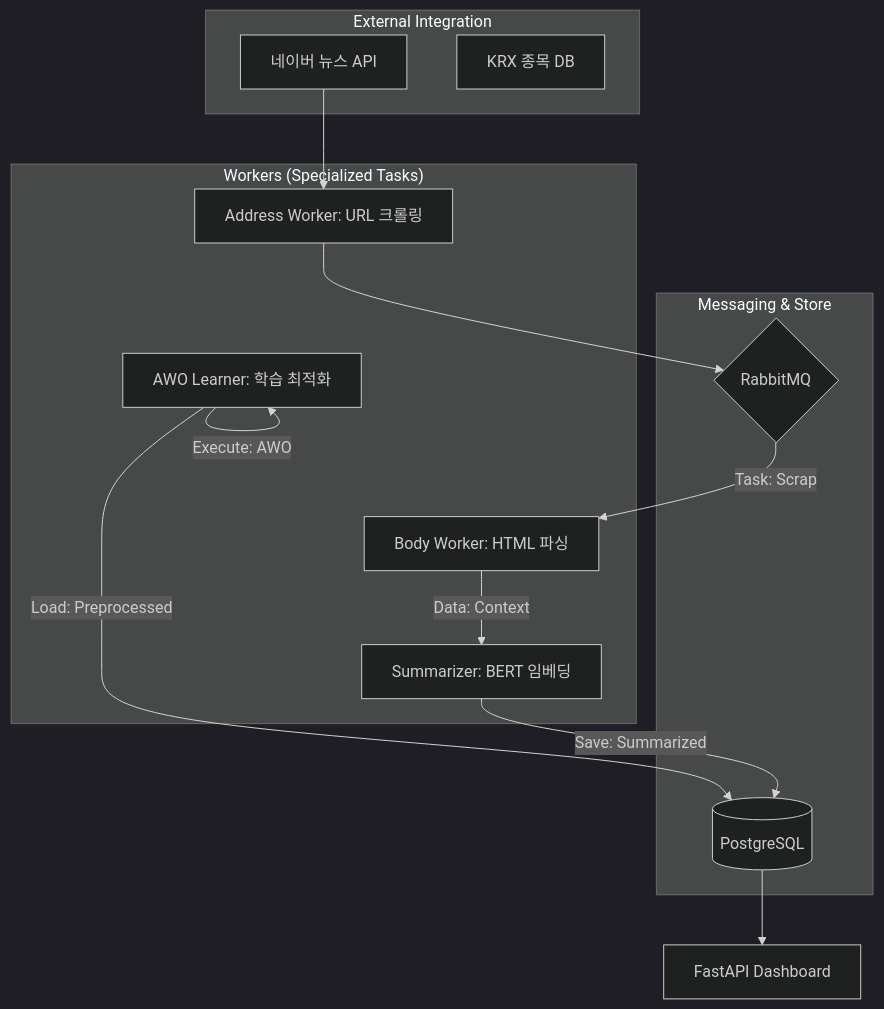
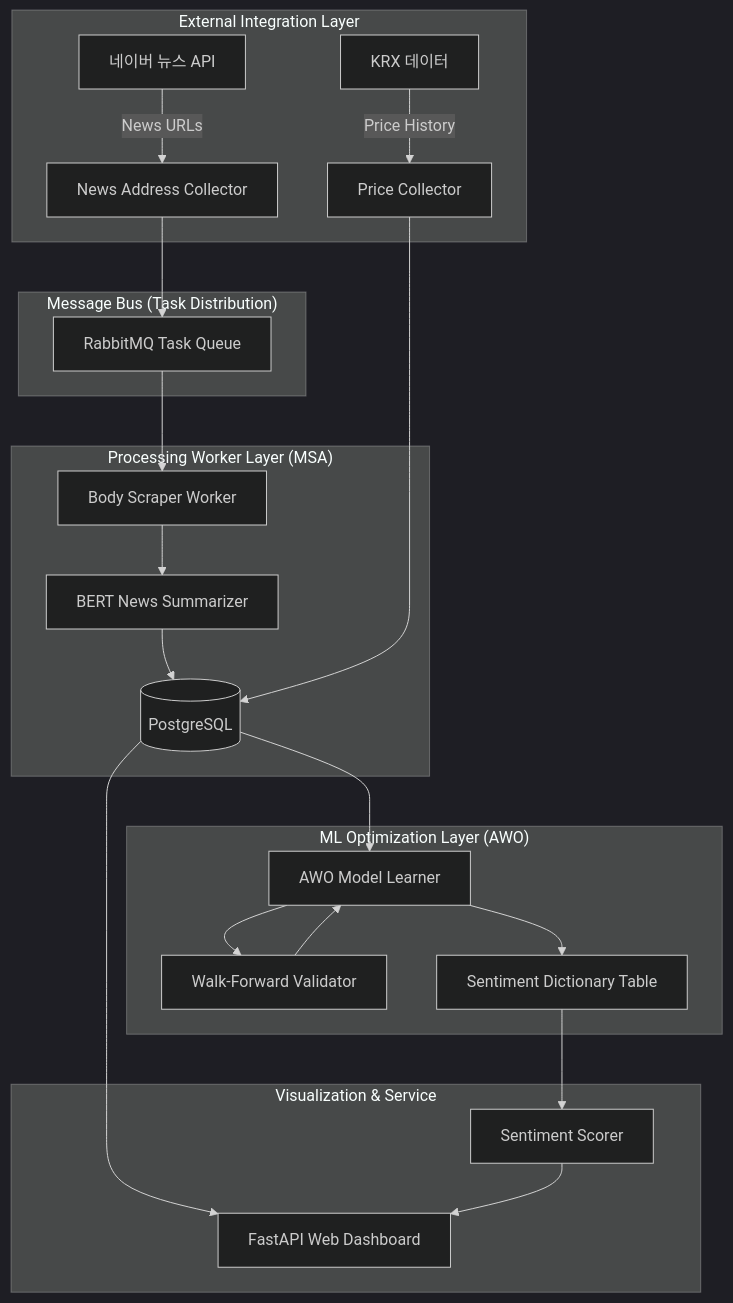
The first of 2 diagrams in README.md (silverwoods-dev/N-SentiTrader), drawn with Mermaid (dark theme) before and after one commit. The commit also changed other lines of this file, not shown here.

````diff
--- a/README.md
+++ b/README.md
@@ -102,28 +69,31 @@
 ```mermaid
-graph TD
-    subgraph "External Integration"
-        Naver[네이버 뉴스 API]
-        KRX[KRX 종목 DB]
+flowchart TD
+    subgraph "External Integration Layer"
+        Naver[네이버 뉴스 API] -->|News URLs| Collector[News Address Collector]
+        KRX[KRX 데이터] -->|Price History| PriceCollector[Price Collector]
     end
-
-    subgraph "Messaging & Store"
-        MQ{RabbitMQ}
-        DB[(PostgreSQL)]
+    
+    subgraph "Message Bus (Task Distribution)"
+        Collector --> MQ[RabbitMQ Task Queue]
     end
-
-    subgraph "Workers (Specialized Tasks)"
-        Addr[Address Worker: URL 크롤링]
-        Body[Body Worker: HTML 파싱]
-        Summ[Summarizer: BERT 임베딩]
-        Learner[AWO Learner: 학습 최적화]
+    
+    subgraph "Processing Worker Layer (MSA)"
+        MQ --> BodyWorker[Body Scraper Worker]
+        BodyWorker --> Summarizer[BERT News Summarizer]
+        Summarizer --> DB[(PostgreSQL)]
     end
-
-    Naver --> Addr
-    Addr --> MQ
-    MQ -->|Task: Scrap| Body
-    Body -->|Data: Context| Summ
-    Summ -->|Save: Summarized| DB
-    Learner -->|Load: Preprocessed| DB
-    Learner -->|Execute: AWO| Learner
-    DB --> App[FastAPI Dashboard]
+    
+    subgraph "ML Optimization Layer (AWO)"
+        DB --> Learner[AWO Model Learner]
+        Learner --> Validator[Walk-Forward Validator]
+        Validator --> Learner
+        Learner --> Dictionary[Sentiment Dictionary Table]
+    end
+    
+    subgraph "Visualization & Service"
+        Dictionary --> Scoring[Sentiment Scorer]
+        PriceCollector --> DB
+        DB --> Dashboard[FastAPI Web Dashboard]
+        Scoring --> Dashboard
+    end
 ```
````
